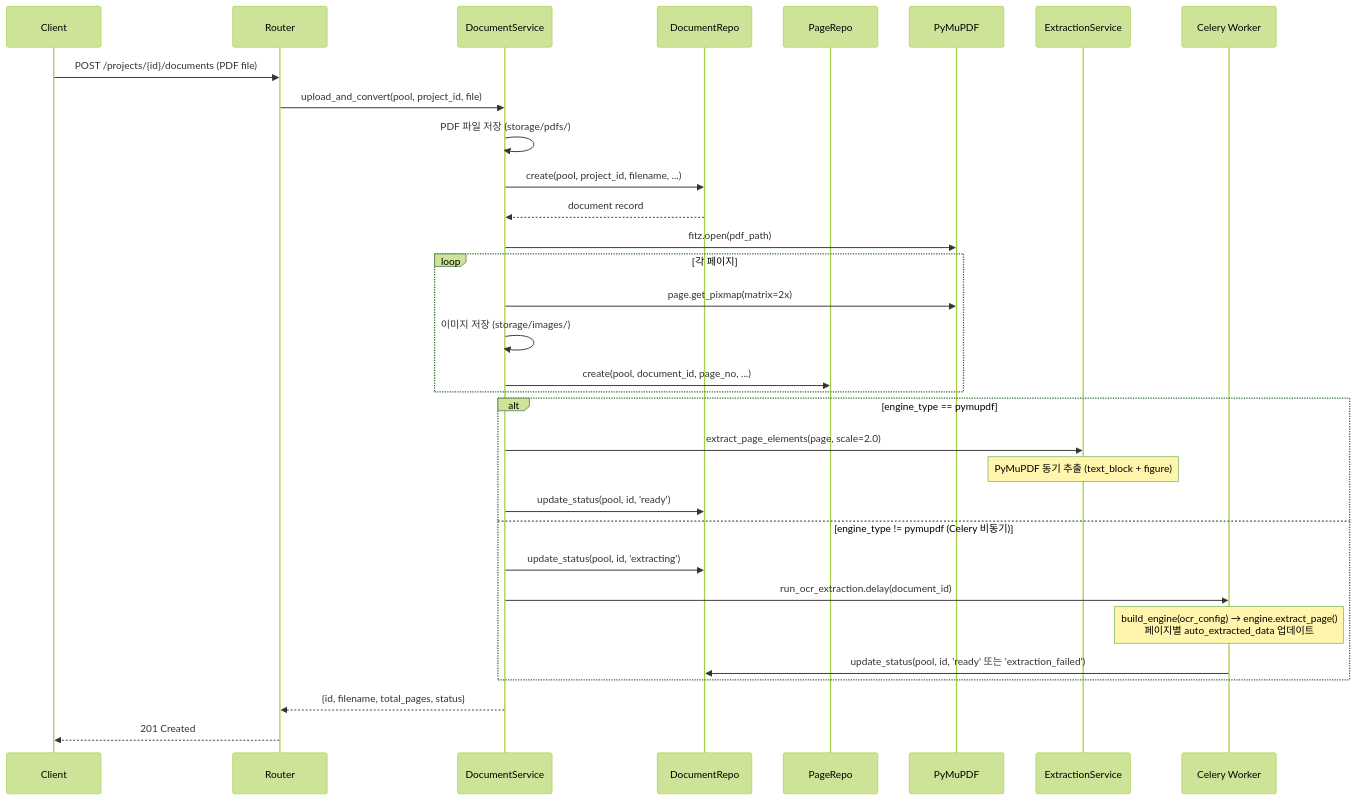
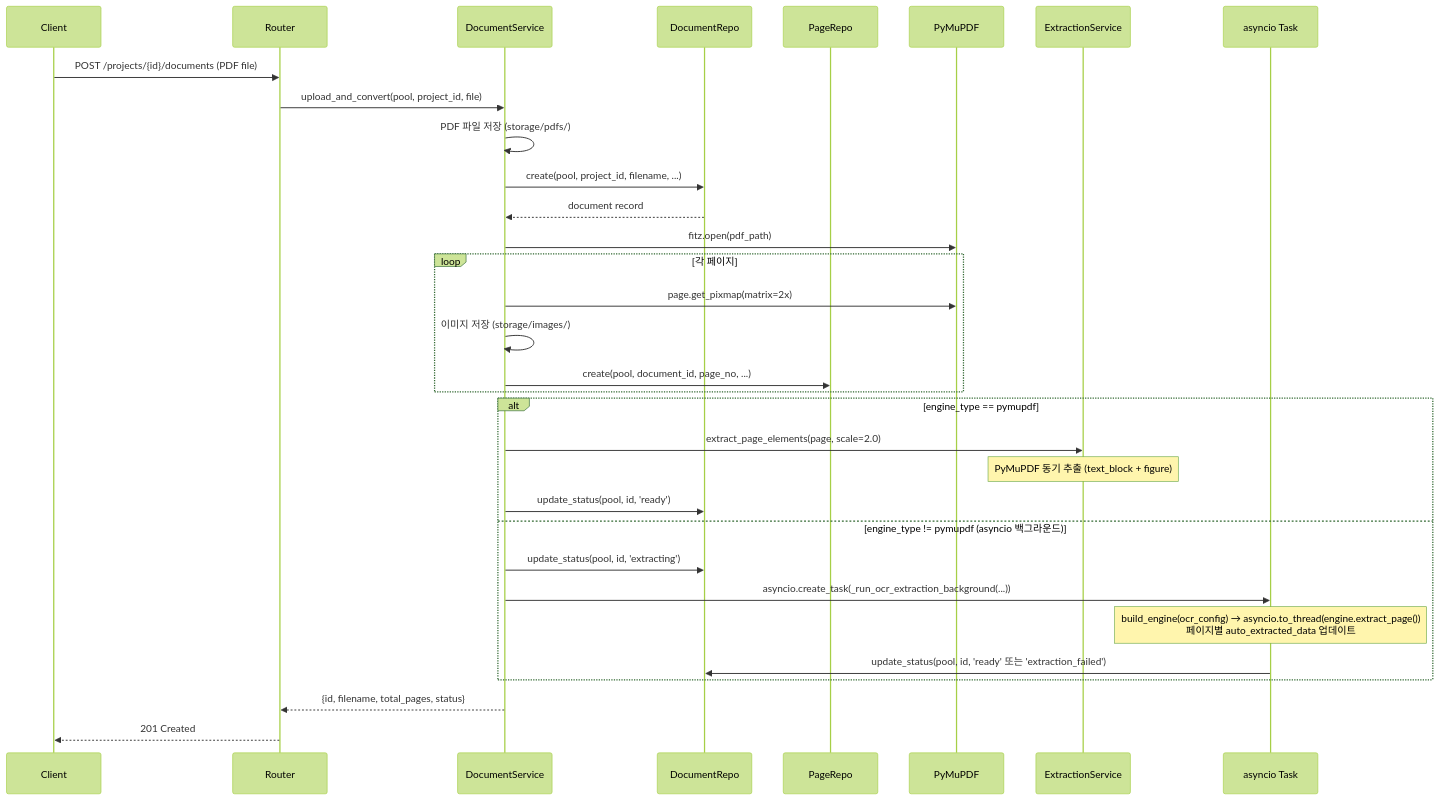
Before and after one commit to appleparan/saegim: the second of 5 diagrams in docs/backend/design/architecture.md, drawn with Mermaid (forest theme). The commit also changed other lines of this file and 21 other files, not shown here.

First line of the commit message:
refactor: replace Celery/Redis with asyncio background tasks for OCR extraction

````diff
--- a/docs/backend/design/architecture.md
+++ b/docs/backend/design/architecture.md
@@ -102,37 +102,37 @@
 ```mermaid
 sequenceDiagram
     participant C as Client
     participant R as Router
     participant DS as DocumentService
     participant DR as DocumentRepo
     participant PR as PageRepo
     participant PDF as PyMuPDF
     participant EX as ExtractionService
-    participant CL as Celery Worker
+    participant BG as asyncio Task
 
     C->>R: POST /projects/{id}/documents (PDF file)
     R->>DS: upload_and_convert(pool, project_id, file)
     DS->>DS: PDF 파일 저장 (storage/pdfs/)
     DS->>DR: create(pool, project_id, filename, ...)
     DR-->>DS: document record
     DS->>PDF: fitz.open(pdf_path)
     loop 각 페이지
         DS->>PDF: page.get_pixmap(matrix=2x)
         DS->>DS: 이미지 저장 (storage/images/)
         DS->>PR: create(pool, document_id, page_no, ...)
     end
 
     alt engine_type == pymupdf
         DS->>EX: extract_page_elements(page, scale=2.0)
         Note over EX: PyMuPDF 동기 추출 (text_block + figure)
         DS->>DR: update_status(pool, id, 'ready')
-    else engine_type != pymupdf (Celery 비동기)
+    else engine_type != pymupdf (asyncio 백그라운드)
         DS->>DR: update_status(pool, id, 'extracting')
-        DS->>CL: run_ocr_extraction.delay(document_id)
-        Note over CL: build_engine(ocr_config) → engine.extract_page()<br/>페이지별 auto_extracted_data 업데이트
-        CL->>DR: update_status(pool, id, 'ready' 또는 'extraction_failed')
+        DS->>BG: asyncio.create_task(_run_ocr_extraction_background(...))
+        Note over BG: build_engine(ocr_config) → asyncio.to_thread(engine.extract_page())<br/>페이지별 auto_extracted_data 업데이트
+        BG->>DR: update_status(pool, id, 'ready' 또는 'extraction_failed')
     end
 
     DS-->>R: {id, filename, total_pages, status}
     R-->>C: 201 Created
 ```
````
